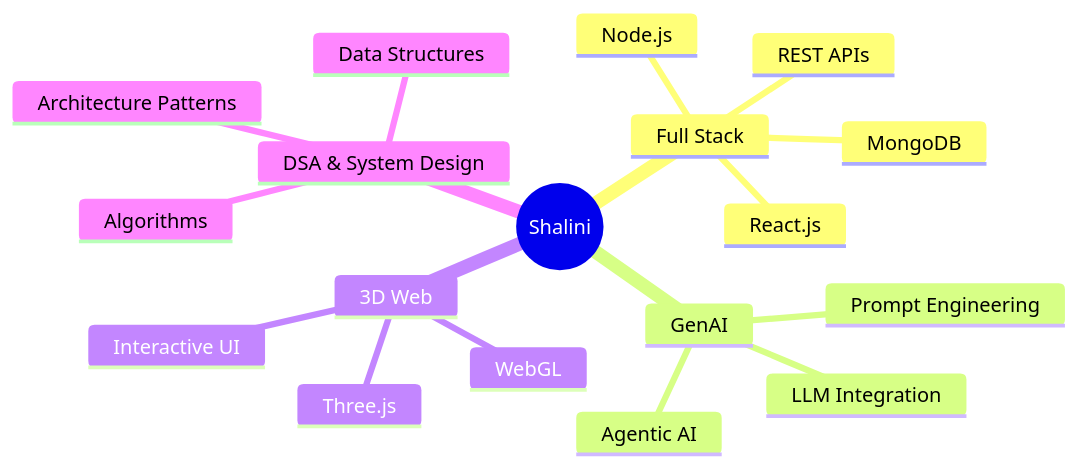
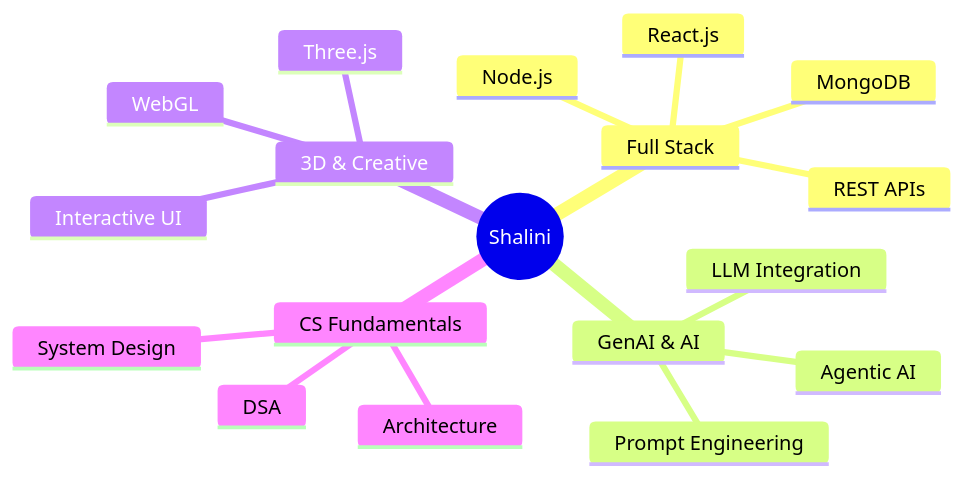
Before and after one commit to Shalini-chaurasiya/Shalini-chaurasiya: the diagram in README.md, drawn with Mermaid. The commit also changed other lines of this file, not shown here.

````diff
--- a/README.md
+++ b/README.md
@@ -181,21 +135,21 @@
 ```mermaid
 mindmap
   root((Shalini))
     Full Stack
       React.js
       Node.js
       MongoDB
       REST APIs
-    GenAI
+    GenAI & AI
       LLM Integration
       Agentic AI
       Prompt Engineering
-    3D Web
+    3D & Creative
       Three.js
       WebGL
       Interactive UI
-    DSA & System Design
-      Algorithms
-      Data Structures
-      Architecture Patterns
+    CS Fundamentals
+      DSA
+      System Design
+      Architecture
 ```
````
